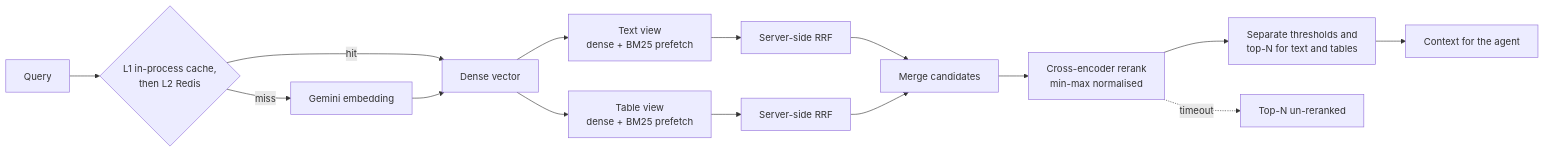
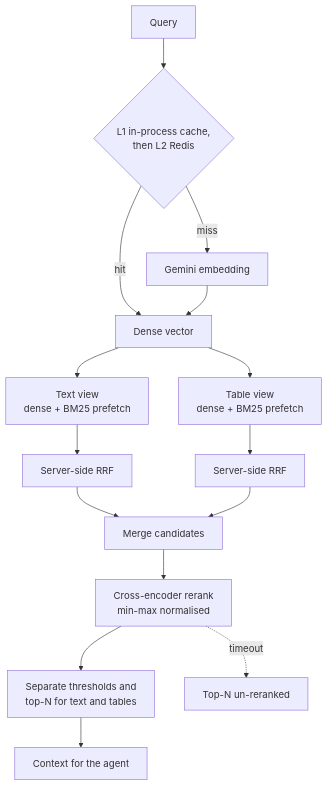
Before and after one commit to JoshPola96/enterprise-ai-agent-architecture-esim: the diagram in docs/03-memory.md, drawn with Mermaid. The commit also changed 7 other files, not shown here.

First line of the commit message:
Make the wide diagrams readable on phones and add lessons from the record

````diff
--- a/docs/03-memory.md
+++ b/docs/03-memory.md
@@ -60,17 +60,17 @@
 ```mermaid
-flowchart LR
+flowchart TB
     Q["Query"] --> EC{"L1 in-process cache,<br/>then L2 Redis"}
     EC -- miss --> EMB["Gemini embedding"]
     EC -- hit --> DV["Dense vector"]
     EMB --> DV
     DV --> TXT["Text view<br/>dense + BM25 prefetch"]
     DV --> TAB["Table view<br/>dense + BM25 prefetch"]
     TXT --> RRF1["Server-side RRF"]
     TAB --> RRF2["Server-side RRF"]
     RRF1 --> MRG["Merge candidates"]
     RRF2 --> MRG
     MRG --> RR["Cross-encoder rerank<br/>min-max normalised"]
     RR --> TH["Separate thresholds and<br/>top-N for text and tables"]
     TH --> OUT["Context for the agent"]
     RR -. timeout .-> FB["Top-N un-reranked"]
 ```
````
